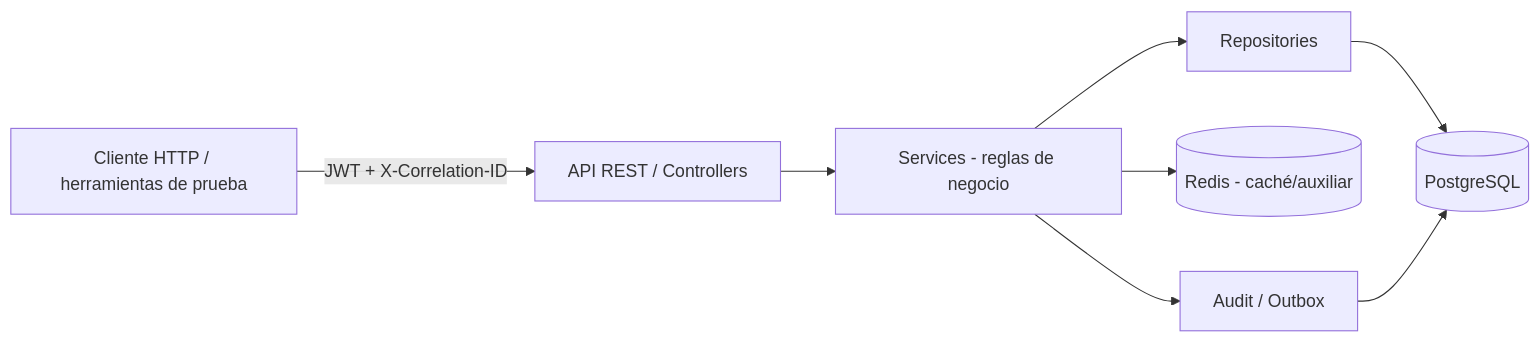
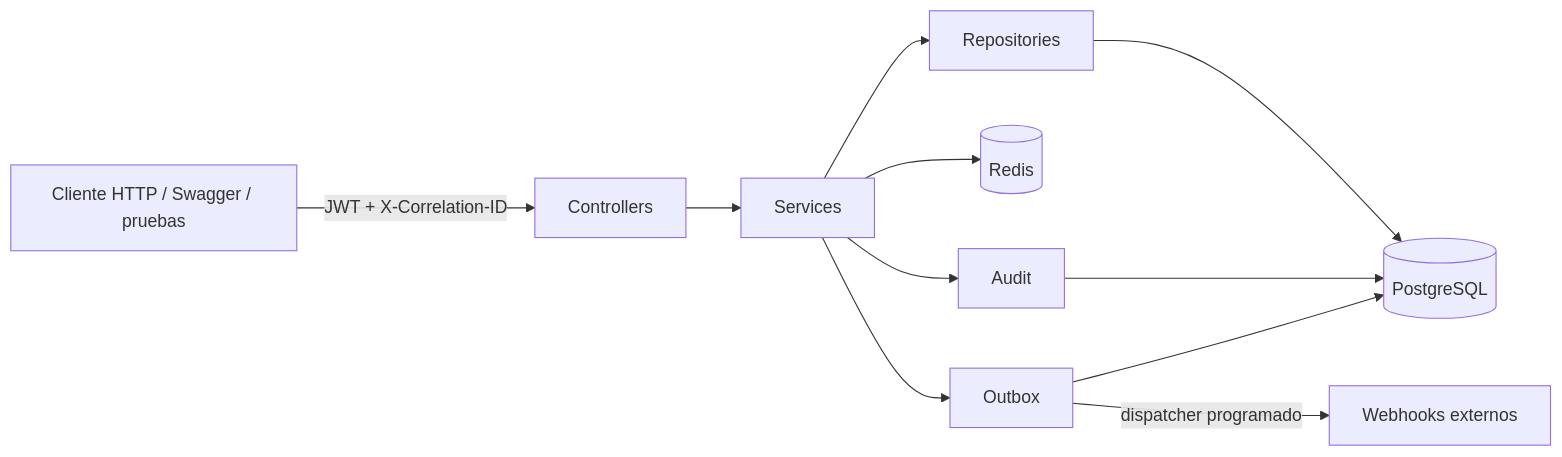
The diagram in backend/docs/architecture/architecture-overview.md (dilandcv/BankOs), drawn with Mermaid before and after one commit. The commit also changed other lines of this file and 163 other files, not shown here.

````diff
--- a/backend/docs/architecture/architecture-overview.md
+++ b/backend/docs/architecture/architecture-overview.md
@@ -31,10 +32,13 @@
 ```mermaid
 flowchart LR
-  C[Cliente HTTP / herramientas de prueba] -->|JWT + X-Correlation-ID| API[API REST / Controllers]
-  API --> S[Services - reglas de negocio]
+  C[Cliente HTTP / Swagger / pruebas] -->|JWT + X-Correlation-ID| API[Controllers]
+  API --> S[Services]
   S --> R[Repositories]
   R --> DB[(PostgreSQL)]
-  S --> RC[(Redis - caché/auxiliar)]
-  S --> A[Audit / Outbox]
+  S --> RC[(Redis)]
+  S --> A[Audit]
+  S --> O[Outbox]
   A --> DB
+  O --> DB
+  O -->|dispatcher programado| W[Webhooks externos]
 ```
````
